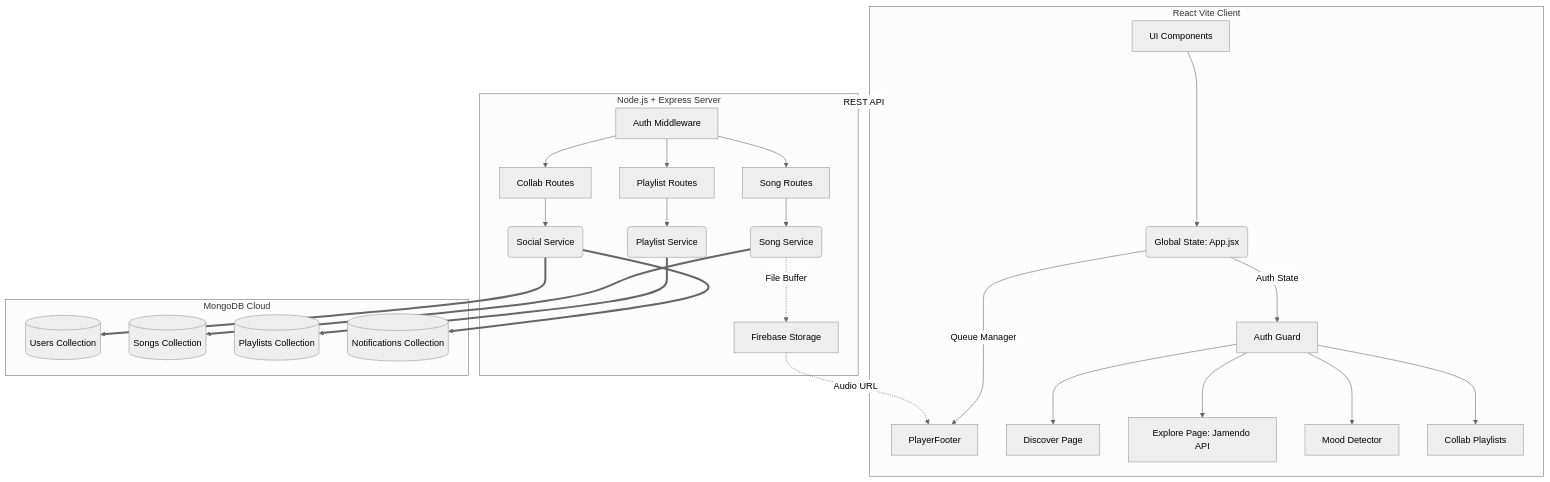
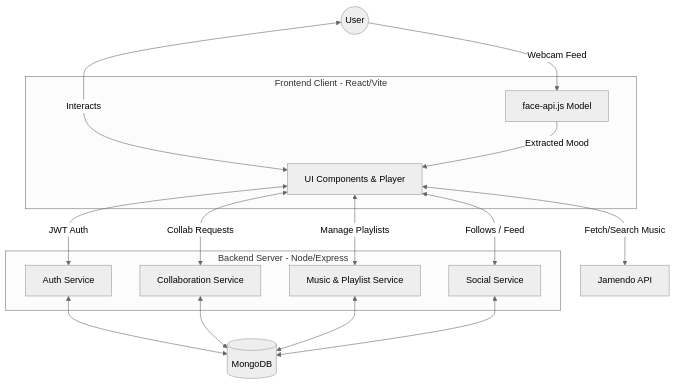
The first of 4 diagrams in README.md (masked-byte18/Moody-Player), drawn with Mermaid (neutral theme) before and after one commit. The commit also changed other lines of this file and 8 other files, not shown here.

````diff
--- a/README.md
+++ b/README.md
@@ -27,45 +17,39 @@
 ```mermaid
-graph TD
+flowchart TD
+    %% Entities
+    User((User))
+    Jamendo[Jamendo API]
+    
     %% Frontend Layer
-    subgraph Frontend [React Vite Client]
-        A[UI Components] --> B(Global State: App.jsx)
-        B --> |Queue Manager| C[PlayerFooter]
-        B --> |Auth State| D[Auth Guard]
-        
-        %% Pages
-        D --> E[Discover Page]
-        D --> F[Explore Page: Jamendo API]
-        D --> G[Mood Detector]
-        D --> H[Collab Playlists]
+    subgraph Frontend [Frontend Client - React/Vite]
+        UI[UI Components & Player]
+        FaceAPI[face-api.js Model]
     end
 
     %% Backend Layer
-    subgraph Backend [Node.js + Express Server]
-        I[Auth Middleware] --> J[Song Routes]
-        I --> K[Playlist Routes]
-        I --> L[Collab Routes]
-        
-        %% Services
-        J --> M(Song Service)
-        K --> N(Playlist Service)
-        L --> O(Social Service)
-        
-        M -.-> |File Buffer| P[Firebase Storage]
+    subgraph Backend [Backend Server - Node/Express]
+        Auth[Auth Service]
+        CollabServ[Collaboration Service]
+        MusicServ[Music & Playlist Service]
+        SocialServ[Social Service]
     end
 
     %% Database Layer
-    subgraph Database [MongoDB Cloud]
-        Q[(Users Collection)]
-        R[(Songs Collection)]
-        S[(Playlists Collection)]
-        T[(Notifications Collection)]
-    end
+    DB[(MongoDB)]
 
     %% Connections
-    Frontend <==REST API==> Backend
-    M ==> R
-    N ==> S
-    O ==> Q
-    O ==> T
-    P -.-> |Audio URL| C
+    User <-->|Interacts| UI
+    User -->|Webcam Feed| FaceAPI
+    FaceAPI -->|Extracted Mood| UI
+    
+    UI <-->|JWT Auth| Auth
+    UI <-->|Fetch/Search Music| Jamendo
+    UI <-->|Manage Playlists| MusicServ
+    UI <-->|Collab Requests| CollabServ
+    UI <-->|Follows / Feed| SocialServ
+    
+    Auth <--> DB
+    CollabServ <--> DB
+    MusicServ <--> DB
+    SocialServ <--> DB
 ```
````
